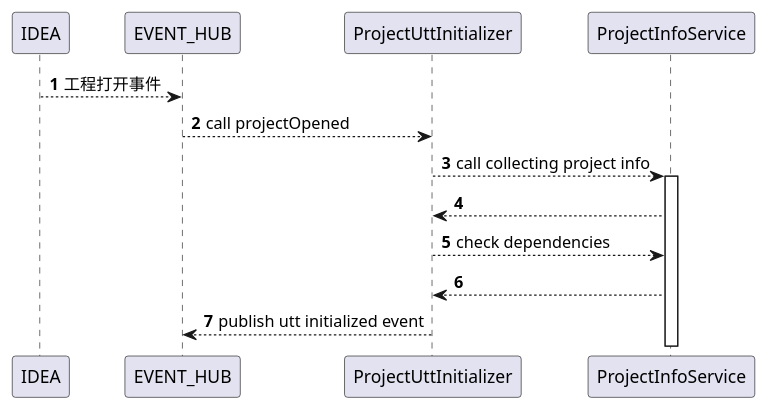
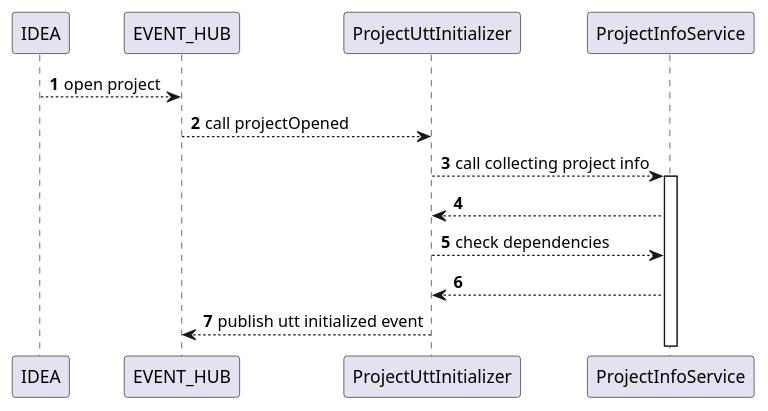
Before and after one commit to mrliuxuhui/UnitTestTools: the diagram in docs/startup.puml, drawn with PlantUML. The commit also changed 14 other files, not shown here.

```diff
--- a/docs/startup.puml
+++ b/docs/startup.puml
@@ -1,17 +1,17 @@
 @startuml
 'https://plantuml.com/sequence-diagram
 
 autonumber
 
-IDEA --> EVENT_HUB : 工程打开事件
+IDEA --> EVENT_HUB : open project
 EVENT_HUB --> ProjectUttInitializer : call projectOpened
 ProjectUttInitializer --> ProjectInfoService : call collecting project info
 activate ProjectInfoService
 ProjectInfoService --> ProjectUttInitializer
 
 ProjectUttInitializer --> ProjectInfoService : check dependencies
 ProjectInfoService --> ProjectUttInitializer
 
 ProjectUttInitializer --> EVENT_HUB : publish utt initialized event
 
 @enduml
```
